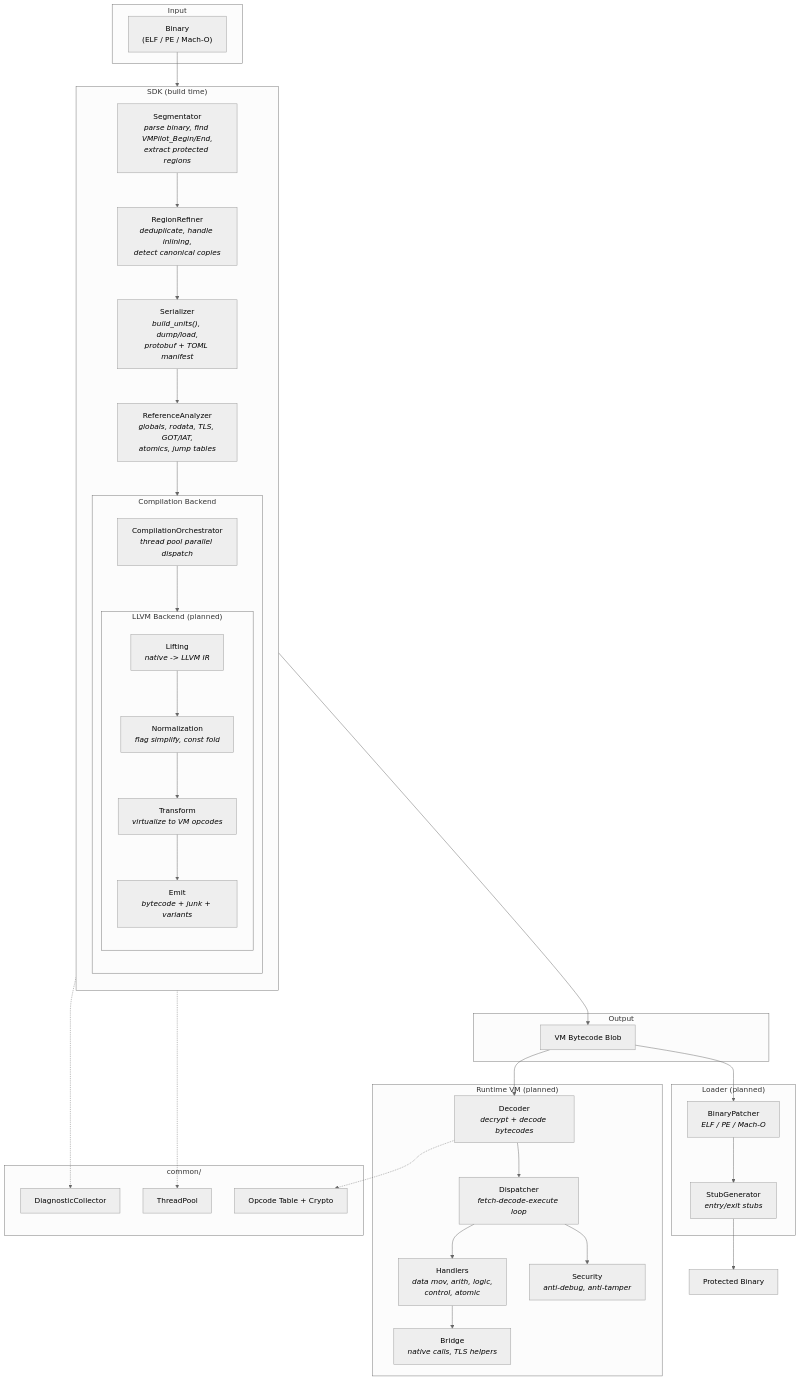
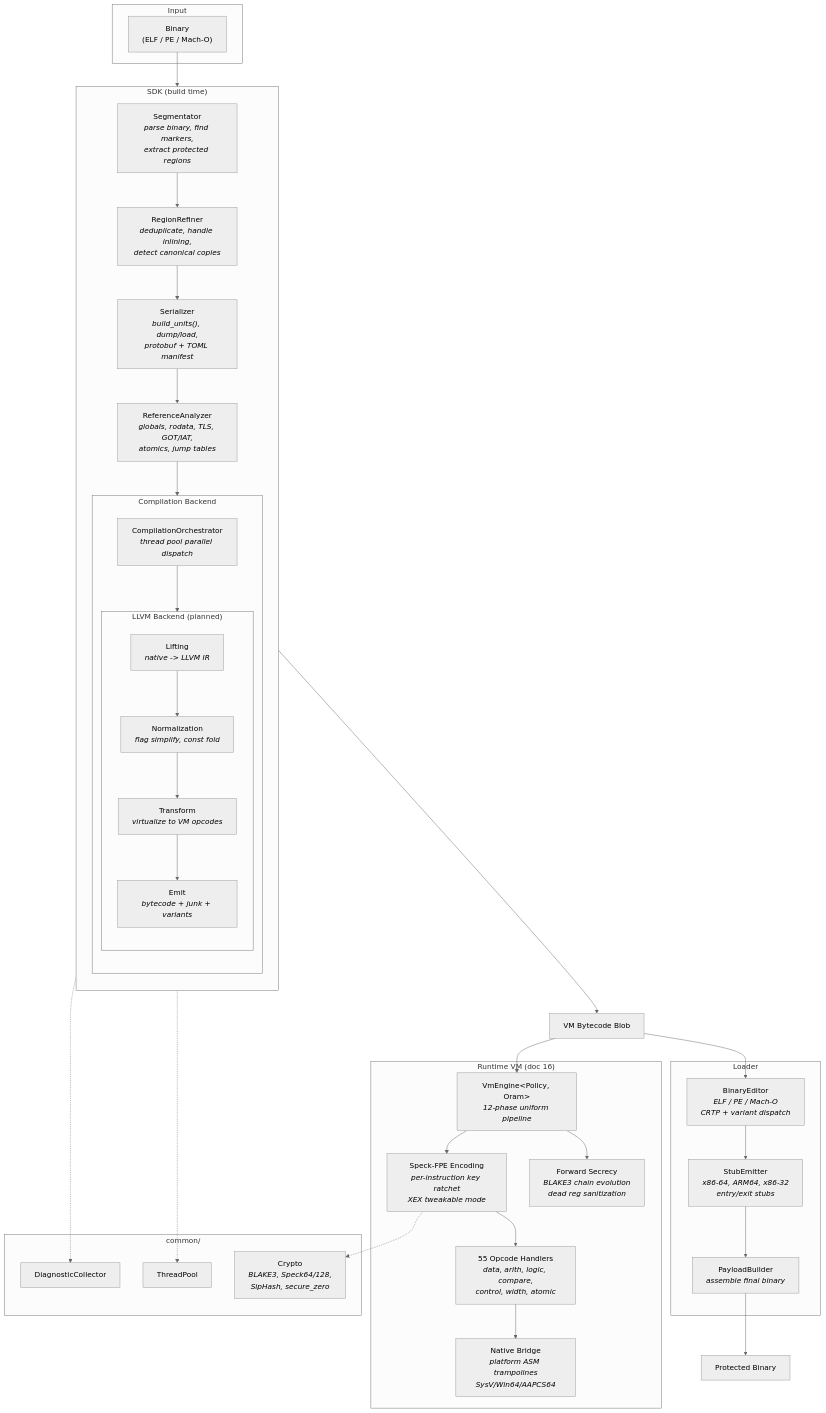
The diagram in README.md (scc-tw/VMPilot), drawn with Mermaid (neutral theme) before and after one commit. The commit also changed other lines of this file, not shown here.

````diff
--- a/README.md
+++ b/README.md
@@ -316,65 +400,62 @@
 ```mermaid
 flowchart TB
     subgraph Input
         BIN["Binary<br/>(ELF / PE / Mach-O)"]
     end
 
     subgraph SDK["SDK (build time)"]
         direction TB
-        SEG["Segmentator<br/><i>parse binary, find VMPilot_Begin/End,<br/>extract protected regions</i>"]
+        SEG["Segmentator<br/><i>parse binary, find markers,<br/>extract protected regions</i>"]
         REF["RegionRefiner<br/><i>deduplicate, handle inlining,<br/>detect canonical copies</i>"]
         SER["Serializer<br/><i>build_units(), dump/load,<br/>protobuf + TOML manifest</i>"]
         REFA["ReferenceAnalyzer<br/><i>globals, rodata, TLS, GOT/IAT,<br/>atomics, jump tables</i>"]
 
         subgraph Compiler["Compilation Backend"]
             direction TB
             ORCH["CompilationOrchestrator<br/><i>thread pool parallel dispatch</i>"]
             subgraph Future["LLVM Backend (planned)"]
                 LIFT["Lifting<br/><i>native -> LLVM IR</i>"]
                 NORM["Normalization<br/><i>flag simplify, const fold</i>"]
                 XFORM["Transform<br/><i>virtualize to VM opcodes</i>"]
-                EMIT["Emit<br/><i>bytecode + junk + variants</i>"]
-                LIFT --> NORM --> XFORM --> EMIT
+                XEMIT["Emit<br/><i>bytecode + junk + variants</i>"]
+                LIFT --> NORM --> XFORM --> XEMIT
             end
             ORCH --> Future
         end
 
         SEG --> REF --> SER --> REFA --> ORCH
     end
 
-    subgraph Output
-        BLOB["VM Bytecode Blob"]
+    subgraph Loader["Loader"]
+        EDIT["BinaryEditor<br/><i>ELF / PE / Mach-O<br/>CRTP + variant dispatch</i>"]
+        STUB["StubEmitter<br/><i>x86-64, ARM64, x86-32<br/>entry/exit stubs</i>"]
+        PAY["PayloadBuilder<br/><i>assemble final binary</i>"]
+        EDIT --> STUB --> PAY
     end
 
-    subgraph Loader["Loader (planned)"]
-        PATCH["BinaryPatcher<br/><i>ELF / PE / Mach-O</i>"]
-        STUB["StubGenerator<br/><i>entry/exit stubs</i>"]
-        PATCH --> STUB
-    end
-
-    subgraph Runtime["Runtime VM (planned)"]
-        DEC["Decoder<br/><i>decrypt + decode bytecodes</i>"]
-        DISP["Dispatcher<br/><i>fetch-decode-execute loop</i>"]
-        HAND["Handlers<br/><i>data mov, arith, logic,<br/>control, atomic</i>"]
-        BRIDGE["Bridge<br/><i>native calls, TLS helpers</i>"]
-        SEC["Security<br/><i>anti-debug, anti-tamper</i>"]
-        DEC --> DISP --> HAND --> BRIDGE
-        DISP --> SEC
+    subgraph Runtime["Runtime VM (doc 16)"]
+        ENG["VmEngine&lt;Policy, Oram&gt;<br/><i>12-phase uniform pipeline</i>"]
+        FPE["Speck-FPE Encoding<br/><i>per-instruction key ratchet<br/>XEX tweakable mode</i>"]
+        HAND["55 Opcode Handlers<br/><i>data, arith, logic, compare,<br/>control, width, atomic</i>"]
+        BRIDGE["Native Bridge<br/><i>platform ASM trampolines<br/>SysV/Win64/AAPCS64</i>"]
+        CHAIN["Forward Secrecy<br/><i>BLAKE3 chain evolution<br/>dead reg sanitization</i>"]
+        ENG --> FPE --> HAND --> BRIDGE
+        ENG --> CHAIN
     end
 
     BIN --> SEG
-    EMIT --> BLOB
-    BLOB --> PATCH
-    STUB --> FINAL["Protected Binary"]
-    BLOB --> DEC
+    XEMIT --> BLOB["VM Bytecode Blob"]
+    BLOB --> EDIT
+    PAY --> FINAL["Protected Binary"]
+    BLOB --> ENG
 
     subgraph Common["common/"]
         DIAG["DiagnosticCollector"]
         POOL["ThreadPool"]
-        OPC["Opcode Table + Crypto"]
+        CRYPTO["Crypto<br/><i>BLAKE3, Speck64/128,<br/>SipHash, secure_zero</i>"]
     end
 
     ORCH -.-> POOL
     SEG -.-> DIAG
-    DEC -.-> OPC
+    FPE -.-> CRYPTO
 ```
````
